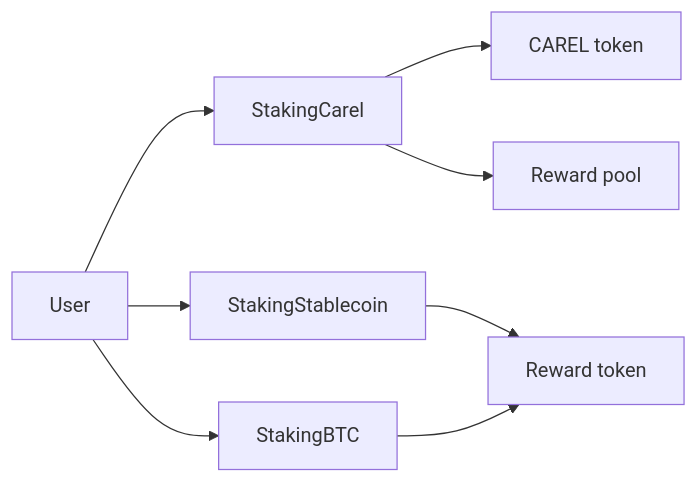
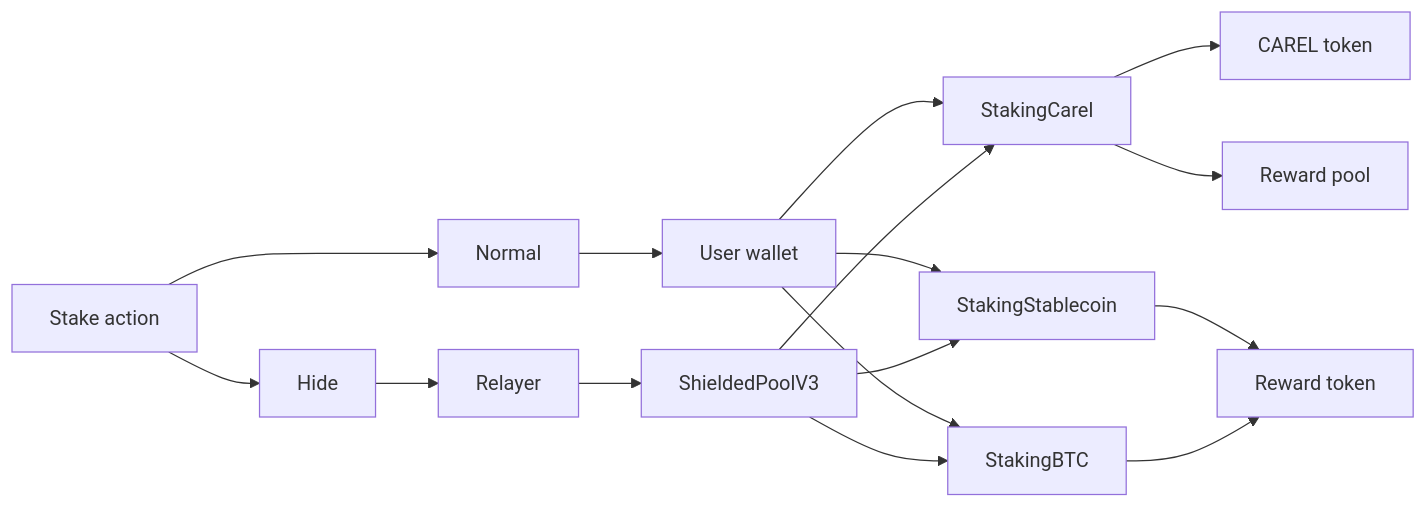
Before and after one commit to ntfound-dev/zkcarel_protocol: the fourth of 4 diagrams in smartcontract/README.md, drawn with Mermaid. The commit also changed other lines of this file and 1 other file, not shown here.

Commit message:
docs: make mode diagrams flow-based

````diff
--- a/smartcontract/README.md
+++ b/smartcontract/README.md
@@ -148,10 +160,18 @@
 ```mermaid
 flowchart LR
-  U[User] --> SCAREL[StakingCarel]
+  A[Stake action] --> N[Normal]
+  N --> U[User wallet]
+  U --> SCAREL[StakingCarel]
   U --> SSTABLE[StakingStablecoin]
   U --> SBTC[StakingBTC]
+  A --> H[Hide]
+  H --> R[Relayer]
+  R --> EXEC[ShieldedPoolV3]
+  EXEC --> SCAREL
+  EXEC --> SSTABLE
+  EXEC --> SBTC
   SCAREL --> CAREL[CAREL token]
   SCAREL --> RPOOL[Reward pool]
   SSTABLE --> RTOKEN[Reward token]
   SBTC --> RTOKEN
 ```
````
